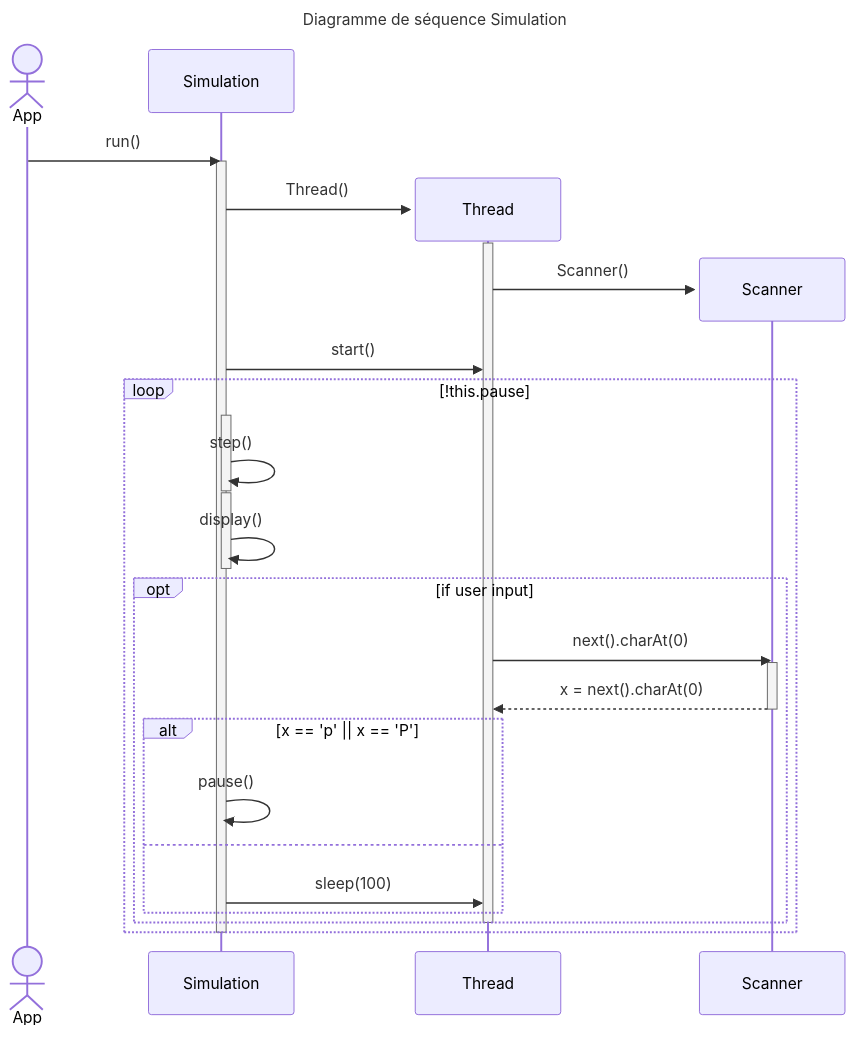
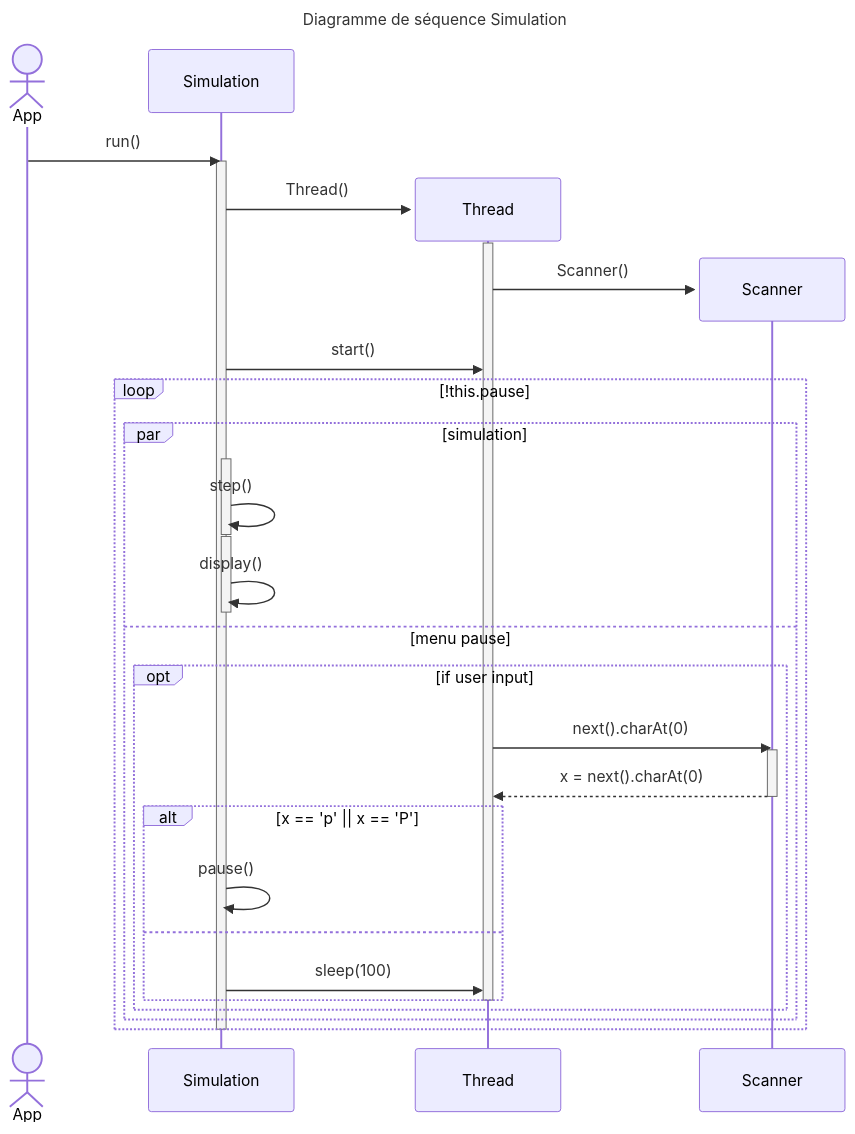
Before and after one commit to rrrroo/APO_Automates: the diagram in doc/uml/sequenceDiagramSimulation.md, drawn with Mermaid.

Commit message:
ajout du fonctionnement en parallèle

````diff
--- a/doc/uml/sequenceDiagramSimulation.md
+++ b/doc/uml/sequenceDiagramSimulation.md
@@ -1,38 +1,41 @@
 ```mermaid
 sequenceDiagram
     title Diagramme de séquence Simulation
     actor App
     participant Simulation
 
     App ->> Simulation: run()
     activate Simulation
     create participant Thread
     Simulation ->> Thread: Thread()
     activate Thread
     create participant Scanner
     Thread ->> Scanner: Scanner()
     Simulation ->> Thread: start()
-    Loop !this.pause
-        activate Simulation
-        Simulation ->> Simulation: step()
-        deactivate Simulation
-        activate Simulation
-        Simulation ->> Simulation: display()
-        deactivate Simulation
-        Opt if user input
-            Thread ->> Scanner: next().charAt(0)
-            activate Scanner
-            Scanner -->> Thread: x = next().charAt(0)
-            deactivate Scanner
-            Alt x == 'p' || x == 'P'
-                %% la variable volatile change de valeur
-                Simulation ->> Simulation: pause()
-            else
-                Simulation ->> Thread: sleep(100)
+    loop !this.pause
+        par simulation
+            activate Simulation
+            Simulation ->> Simulation: step()
+            deactivate Simulation
+            activate Simulation
+            Simulation ->> Simulation: display()
+            deactivate Simulation
+        and menu pause
+            opt if user input
+                Thread ->> Scanner: next().charAt(0)
+                activate Scanner
+                Scanner -->> Thread: x = next().charAt(0)
+                deactivate Scanner
+                alt x == 'p' || x == 'P'
+                    %% la variable volatile change de valeur
+                    Simulation ->> Simulation: pause()
+                else
+                    Simulation ->> Thread: sleep(100)
+                end
+                deactivate Thread
             end
         end
-        deactivate Thread
     end
     deactivate Simulation
 
 ```
````
